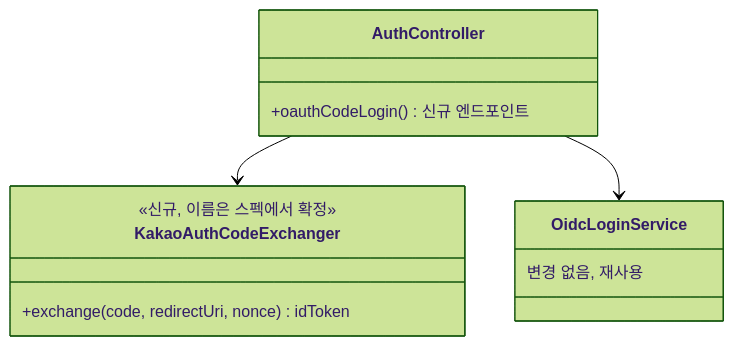
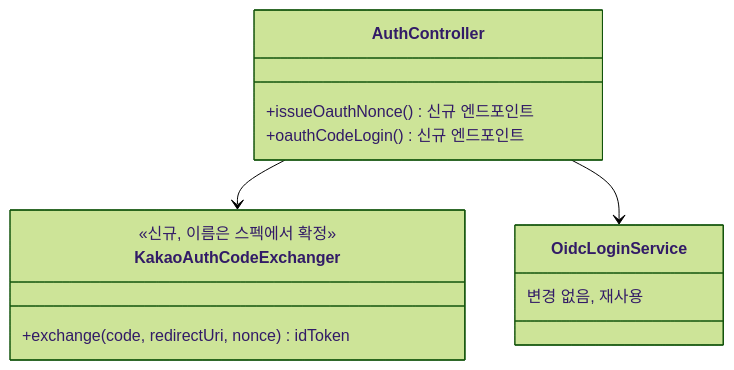
Before and after one commit to ASM-MSG/BE: the second of 2 diagrams in docs/prd/MSG-345-prd.md, drawn with Mermaid (forest theme). The commit also changed other lines of this file and 1 other file, not shown here.

````diff
--- a/docs/prd/MSG-345-prd.md
+++ b/docs/prd/MSG-345-prd.md
@@ -72,15 +74,16 @@
 ```mermaid
 classDiagram
     class AuthController {
+        +issueOauthNonce() 신규 엔드포인트
         +oauthCodeLogin() 신규 엔드포인트
     }
     class KakaoAuthCodeExchanger {
         <<신규, 이름은 스펙에서 확정>>
         +exchange(code, redirectUri, nonce) idToken
     }
     class OidcLoginService {
         변경 없음, 재사용
     }
     AuthController --> KakaoAuthCodeExchanger
     AuthController --> OidcLoginService
 ```
````
